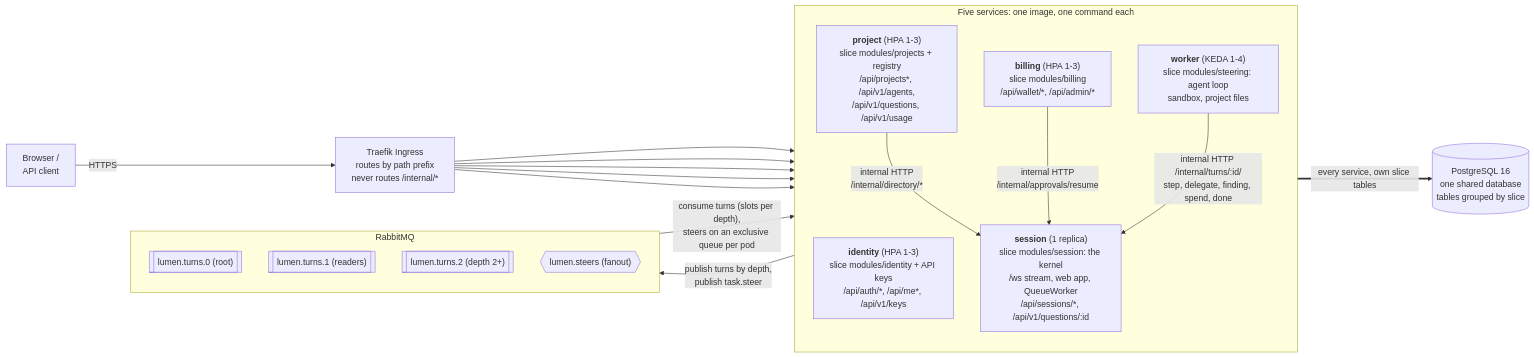
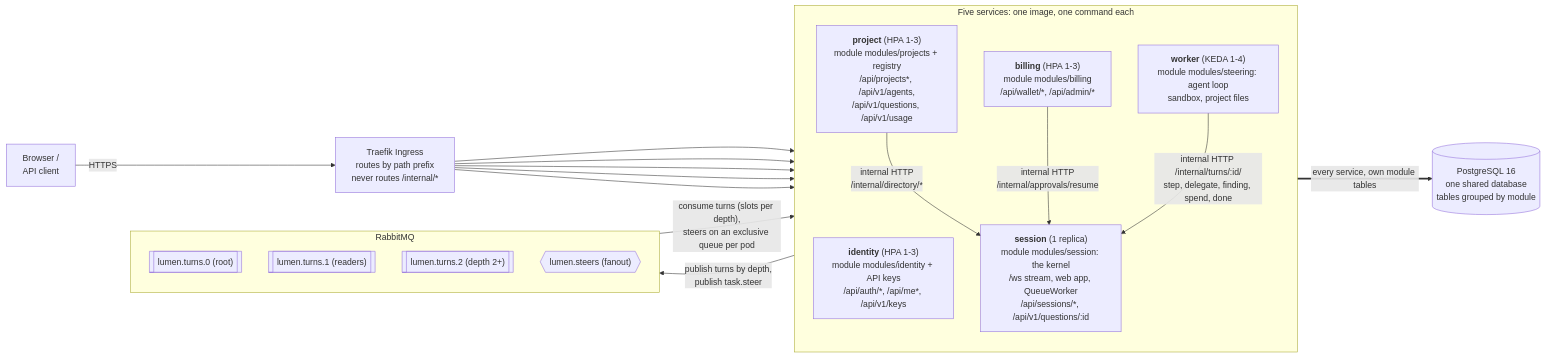
One commit to ziyangliu-666/lumen-next changed the diagram in docs/platform/diagrams/logical.mmd. Above: the diagram before and after it, drawn with Mermaid. The commit also changed 97 other files, not shown here.

```diff
--- a/docs/platform/diagrams/logical.mmd
+++ b/docs/platform/diagrams/logical.mmd
@@ -1,25 +1,25 @@
 flowchart LR
   B["Browser /<br/>API client"] -->|"HTTPS"| T["Traefik Ingress<br/>routes by path prefix<br/>never routes /internal/*"]
   subgraph Services["Five services: one image, one command each"]
     direction TB
-    ID["<b>identity</b> (HPA 1-3)<br/>slice modules/identity + API keys<br/>/api/auth/*, /api/me*, /api/v1/keys"]
-    PR["<b>project</b> (HPA 1-3)<br/>slice modules/projects + registry<br/>/api/projects*, /api/v1/agents,<br/>/api/v1/questions, /api/v1/usage"]
-    BI["<b>billing</b> (HPA 1-3)<br/>slice modules/billing<br/>/api/wallet/*, /api/admin/*"]
-    SE["<b>session</b> (1 replica)<br/>slice modules/session: the kernel<br/>/ws stream, web app, QueueWorker<br/>/api/sessions/*, /api/v1/questions/:id"]
-    WO["<b>worker</b> (KEDA 1-4)<br/>slice modules/steering: agent loop<br/>sandbox, project files"]
+    ID["<b>identity</b> (HPA 1-3)<br/>module modules/identity + API keys<br/>/api/auth/*, /api/me*, /api/v1/keys"]
+    PR["<b>project</b> (HPA 1-3)<br/>module modules/projects + registry<br/>/api/projects*, /api/v1/agents,<br/>/api/v1/questions, /api/v1/usage"]
+    BI["<b>billing</b> (HPA 1-3)<br/>module modules/billing<br/>/api/wallet/*, /api/admin/*"]
+    SE["<b>session</b> (1 replica)<br/>module modules/session: the kernel<br/>/ws stream, web app, QueueWorker<br/>/api/sessions/*, /api/v1/questions/:id"]
+    WO["<b>worker</b> (KEDA 1-4)<br/>module modules/steering: agent loop<br/>sandbox, project files"]
   end
   T --> ID & PR & BI & SE & WO
   PR -->|"internal HTTP<br/>/internal/directory/*"| SE
   BI -->|"internal HTTP<br/>/internal/approvals/resume"| SE
   WO -->|"internal HTTP /internal/turns/:id/<br/>step, delegate, finding, spend, done"| SE
   subgraph MQ["RabbitMQ"]
     direction TB
     Q0[["lumen.turns.0 (root)"]]
     Q1[["lumen.turns.1 (readers)"]]
     Q2[["lumen.turns.2 (depth 2+)"]]
     X{{"lumen.steers (fanout)"}}
   end
   SE -->|"publish turns by depth,<br/>publish task.steer"| MQ
   MQ -->|"consume turns (slots per depth),<br/>steers on an exclusive queue per pod"| WO
-  DB[("PostgreSQL 16<br/>one shared database<br/>tables grouped by slice")]
-  Services ==>|"every service, own slice tables"| DB
+  DB[("PostgreSQL 16<br/>one shared database<br/>tables grouped by module")]
+  Services ==>|"every service, own module tables"| DB
```
